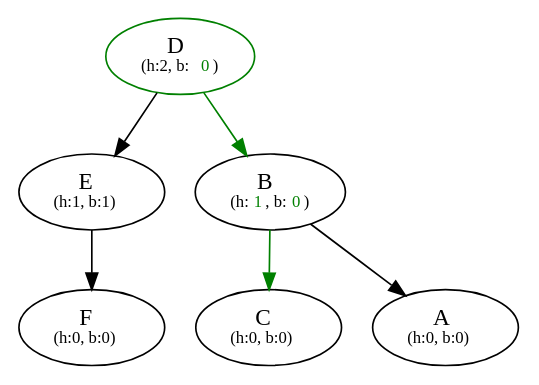
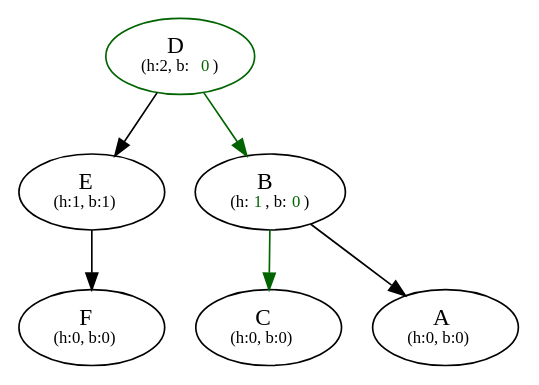
One commit to byubean/cs235 changed the diagram in master/Unit7-Trees/abdcef_rebal.txt.dot. Above: the diagram before and after it, drawn with Graphviz. The commit also changed 99 other files, not shown here.

```diff
--- a/master/Unit7-Trees/abdcef_rebal.txt.dot
+++ b/master/Unit7-Trees/abdcef_rebal.txt.dot
@@ -1,13 +1,13 @@
 digraph {
-  nD [label="D" pos="1.4,2.0!" color="green" label=<D <br/><font point-size="10">(h:2, b:<font color="green">0</font>)</font>>]
+  nD [label="D" pos="1.4,2.0!" color="darkgreen" label=<D <br/><font point-size="10">(h:2, b:<font color="darkgreen">0</font>)</font>>]
   nE [label="E" pos="2.8,1.0!" label=<E <br/><font point-size="10">(h:1, b:1)</font>>]
   nF [label="F" pos="3.5,0.0!" label=<F <br/><font point-size="10">(h:0, b:0)</font>>]
-  nB [label="B" pos="0.0,1.0!" label=<B <br/><font point-size="10">(h:<font color="green">1</font>, b:<font color="green">0</font>)</font>>]
+  nB [label="B" pos="0.0,1.0!" label=<B <br/><font point-size="10">(h:<font color="darkgreen">1</font>, b:<font color="darkgreen">0</font>)</font>>]
   nC [label="C" pos="0.7,0.0!" label=<C <br/><font point-size="10">(h:0, b:0)</font>>]
   nA [label="A" pos="-0.7,0.0!" label=<A <br/><font point-size="10">(h:0, b:0)</font>>]
   nD -> nE 
   nE -> nF 
-  nD -> nB [color="green"]
-  nB -> nC [color="green"]
+  nD -> nB [color="darkgreen"]
+  nB -> nC [color="darkgreen"]
   nB -> nA 
 }
```
